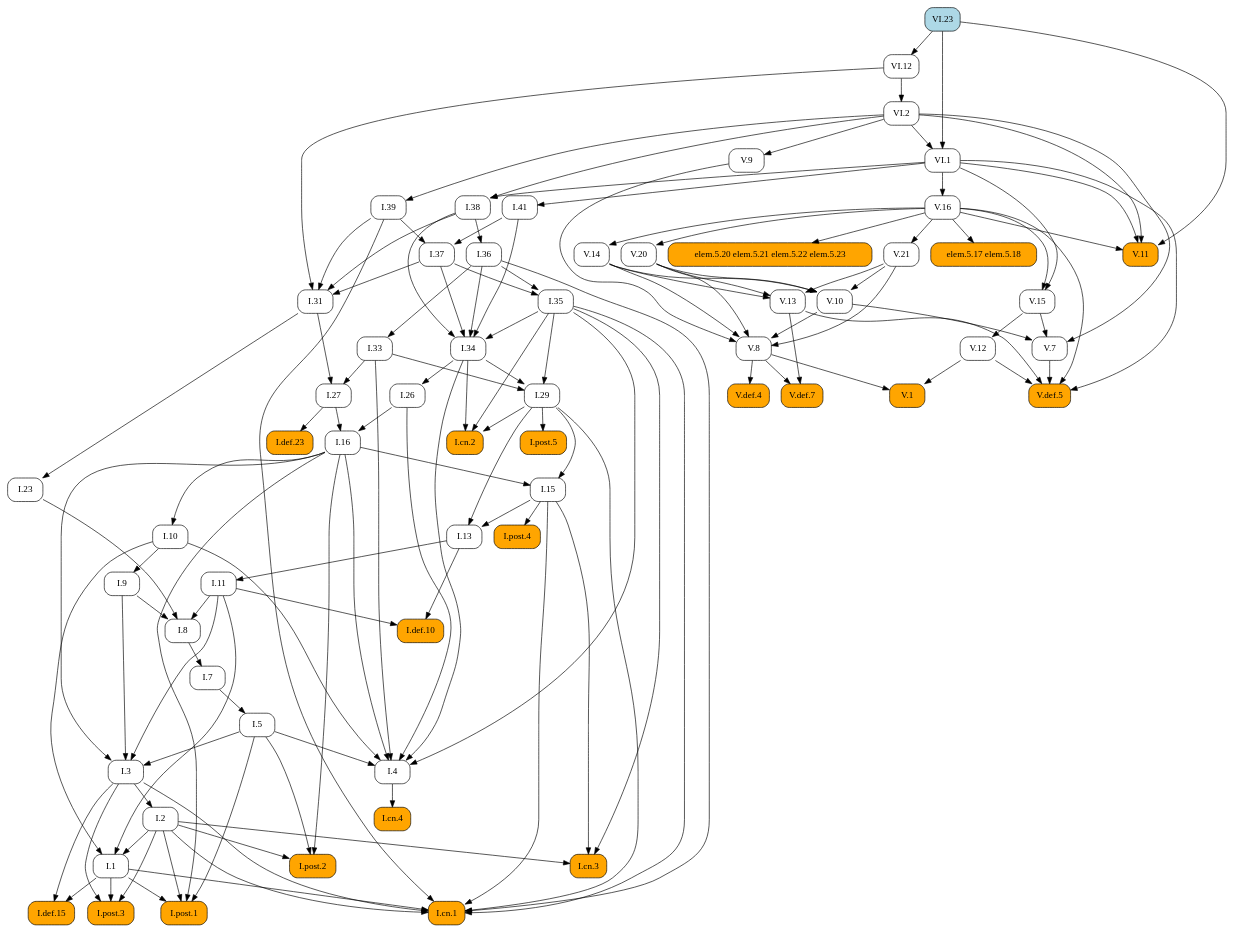
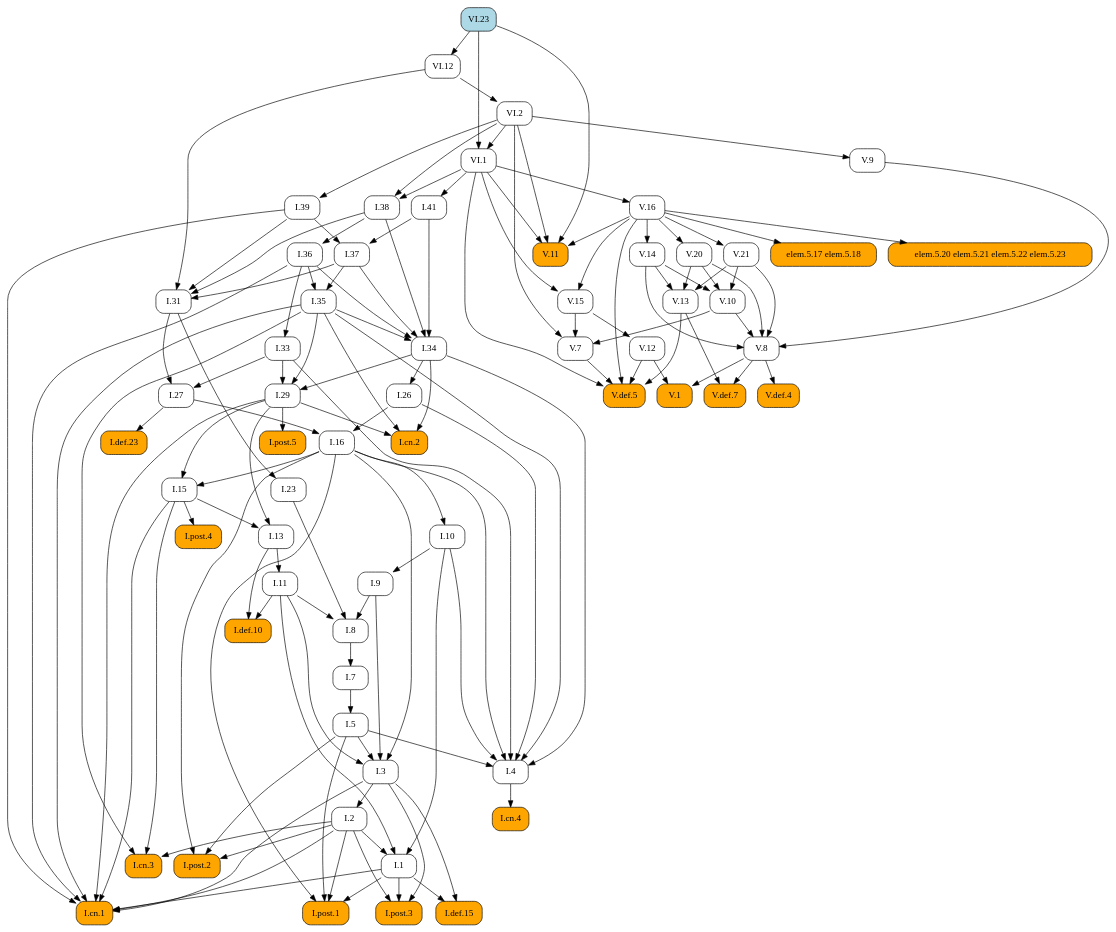
Before and after one commit to geometor/elements: the diagram in docsrc/elements2/VI/23/index.rst, drawn with Graphviz. The commit also changed other lines of this file and 171 other files, not shown here.

```diff
--- a/docsrc/elements2/VI/23/index.rst
+++ b/docsrc/elements2/VI/23/index.rst
@@ -70,173 +70,140 @@
    digraph {
      rankdir="TB";
      node [shape=box, style=rounded];
-     "I.37" [URL="/elements2/I/37/", target="_top"];
+     "V.20" [URL="/elements2/V/20/", target="_top"];
+     "I.8" [URL="/elements2/I/8/", target="_top"];
+     "I.36" [URL="/elements2/I/36/", target="_top"];
+     "VI.12" [URL="/elements2/VI/12/", target="_top"];
+     "V.def.5" [style="rounded,filled", fillcolor=orange, URL="/elements2/V/def.5/", target="_top"];
+     "V.def.7" [style="rounded,filled", fillcolor=orange, URL="/elements2/V/def.7/", target="_top"];
+     "V.def.4" [style="rounded,filled", fillcolor=orange, URL="/elements2/V/def.4/", target="_top"];
+     "I.post.1" [style="rounded,filled", fillcolor=orange, URL="/elements2/I/post.1/", target="_top"];
+     "I.33" [URL="/elements2/I/33/", target="_top"];
+     "I.5" [URL="/elements2/I/5/", target="_top"];
+     "I.38" [URL="/elements2/I/38/", target="_top"];
      "elem.5.17 elem.5.18" [style="rounded,filled", fillcolor=orange];
+     "VI.1" [URL="/elements2/VI/1/", target="_top"];
+     "V.11" [style="rounded,filled", fillcolor=orange, URL="/elements2/V/11/", target="_top"];
+     "V.13" [URL="/elements2/V/13/", target="_top"];
+     "I.post.5" [style="rounded,filled", fillcolor=orange, URL="/elements2/I/post.5/", target="_top"];
+     "I.def.10" [style="rounded,filled", fillcolor=orange, URL="/elements2/I/def.10/", target="_top"];
+     "I.cn.2" [style="rounded,filled", fillcolor=orange, URL="/elements2/I/cn.2/", target="_top"];
+     "VI.23" [style="rounded,filled", fillcolor=lightblue, URL="/elements2/VI/23/", target="_top"];
+     "V.9" [URL="/elements2/V/9/", target="_top"];
+     "V.16" [URL="/elements2/V/16/", target="_top"];
+     "I.def.15" [style="rounded,filled", fillcolor=orange, URL="/elements2/I/def.15/", target="_top"];
+     "V.15" [URL="/elements2/V/15/", target="_top"];
+     "I.31" [URL="/elements2/I/31/", target="_top"];
+     "I.11" [URL="/elements2/I/11/", target="_top"];
+     "I.3" [URL="/elements2/I/3/", target="_top"];
+     "I.def.23" [style="rounded,filled", fillcolor=orange, URL="/elements2/I/def.23/", target="_top"];
+     "I.post.2" [style="rounded,filled", fillcolor=orange, URL="/elements2/I/post.2/", target="_top"];
+     "I.26" [URL="/elements2/I/26/", target="_top"];
+     "V.14" [URL="/elements2/V/14/", target="_top"];
+     "V.10" [URL="/elements2/V/10/", target="_top"];
+     "I.cn.3" [style="rounded,filled", fillcolor=orange, URL="/elements2/I/cn.3/", target="_top"];
+     "I.cn.4" [style="rounded,filled", fillcolor=orange, URL="/elements2/I/cn.4/", target="_top"];
+     "I.1" [URL="/elements2/I/1/", target="_top"];
+     "I.7" [URL="/elements2/I/7/", target="_top"];
+     "I.9" [URL="/elements2/I/9/", target="_top"];
      "V.7" [URL="/elements2/V/7/", target="_top"];
-     "I.def.10" [style="rounded,filled", fillcolor=orange, URL="/elements2/I/def.10/", target="_top"];
-     "VI.12" [URL="/elements2/VI/12/", target="_top"];
-     "I.34" [URL="/elements2/I/34/", target="_top"];
-     "V.def.5" [style="rounded,filled", fillcolor=orange, URL="/elements2/V/def.5/", target="_top"];
-     "I.cn.4" [style="rounded,filled", fillcolor=orange, URL="/elements2/I/cn.4/", target="_top"];
-     "I.def.15" [style="rounded,filled", fillcolor=orange, URL="/elements2/I/def.15/", target="_top"];
-     "I.post.3" [style="rounded,filled", fillcolor=orange, URL="/elements2/I/post.3/", target="_top"];
-     "V.def.7" [style="rounded,filled", fillcolor=orange, URL="/elements2/V/def.7/", target="_top"];
-     "I.41" [URL="/elements2/I/41/", target="_top"];
-     "I.36" [URL="/elements2/I/36/", target="_top"];
-     "I.27" [URL="/elements2/I/27/", target="_top"];
-     "V.10" [URL="/elements2/V/10/", target="_top"];
-     "I.post.2" [style="rounded,filled", fillcolor=orange, URL="/elements2/I/post.2/", target="_top"];
-     "I.13" [URL="/elements2/I/13/", target="_top"];
-     "I.10" [URL="/elements2/I/10/", target="_top"];
-     "I.post.1" [style="rounded,filled", fillcolor=orange, URL="/elements2/I/post.1/", target="_top"];
-     "I.7" [URL="/elements2/I/7/", target="_top"];
-     "V.15" [URL="/elements2/V/15/", target="_top"];
-     "V.14" [URL="/elements2/V/14/", target="_top"];
-     "I.11" [URL="/elements2/I/11/", target="_top"];
-     "I.4" [URL="/elements2/I/4/", target="_top"];
-     "V.13" [URL="/elements2/V/13/", target="_top"];
-     "V.16" [URL="/elements2/V/16/", target="_top"];
+     "I.cn.1" [style="rounded,filled", fillcolor=orange, URL="/elements2/I/cn.1/", target="_top"];
+     "elem.5.20 elem.5.21 elem.5.22 elem.5.23" [style="rounded,filled", fillcolor=orange];
+     "V.12" [URL="/elements2/V/12/", target="_top"];
+     "V.21" [URL="/elements2/V/21/", target="_top"];
+     "I.29" [URL="/elements2/I/29/", target="_top"];
      "V.1" [style="rounded,filled", fillcolor=orange, URL="/elements2/V/1/", target="_top"];
      "I.16" [URL="/elements2/I/16/", target="_top"];
-     "V.21" [URL="/elements2/V/21/", target="_top"];
+     "I.41" [URL="/elements2/I/41/", target="_top"];
+     "I.35" [URL="/elements2/I/35/", target="_top"];
+     "I.13" [URL="/elements2/I/13/", target="_top"];
+     "I.post.4" [style="rounded,filled", fillcolor=orange, URL="/elements2/I/post.4/", target="_top"];
+     "I.37" [URL="/elements2/I/37/", target="_top"];
+     "I.27" [URL="/elements2/I/27/", target="_top"];
+     "I.2" [URL="/elements2/I/2/", target="_top"];
+     "I.4" [URL="/elements2/I/4/", target="_top"];
      "V.8" [URL="/elements2/V/8/", target="_top"];
-     "I.def.23" [style="rounded,filled", fillcolor=orange, URL="/elements2/I/def.23/", target="_top"];
-     "elem.5.20 elem.5.21 elem.5.22 elem.5.23" [style="rounded,filled", fillcolor=orange];
-     "I.9" [URL="/elements2/I/9/", target="_top"];
-     "I.38" [URL="/elements2/I/38/", target="_top"];
-     "I.cn.2" [style="rounded,filled", fillcolor=orange, URL="/elements2/I/cn.2/", target="_top"];
+     "VI.2" [URL="/elements2/VI/2/", target="_top"];
+     "I.39" [URL="/elements2/I/39/", target="_top"];
+     "I.10" [URL="/elements2/I/10/", target="_top"];
+     "I.15" [URL="/elements2/I/15/", target="_top"];
+     "I.34" [URL="/elements2/I/34/", target="_top"];
      "I.23" [URL="/elements2/I/23/", target="_top"];
-     "I.26" [URL="/elements2/I/26/", target="_top"];
-     "I.8" [URL="/elements2/I/8/", target="_top"];
-     "VI.2" [URL="/elements2/VI/2/", target="_top"];
-     "I.15" [URL="/elements2/I/15/", target="_top"];
-     "I.post.5" [style="rounded,filled", fillcolor=orange, URL="/elements2/I/post.5/", target="_top"];
-     "I.2" [URL="/elements2/I/2/", target="_top"];
-     "VI.1" [URL="/elements2/VI/1/", target="_top"];
-     "I.1" [URL="/elements2/I/1/", target="_top"];
-     "I.35" [URL="/elements2/I/35/", target="_top"];
-     "V.def.4" [style="rounded,filled", fillcolor=orange, URL="/elements2/V/def.4/", target="_top"];
-     "V.11" [style="rounded,filled", fillcolor=orange, URL="/elements2/V/11/", target="_top"];
-     "I.33" [URL="/elements2/I/33/", target="_top"];
-     "I.31" [URL="/elements2/I/31/", target="_top"];
-     "VI.23" [style="rounded,filled", fillcolor=lightblue, URL="/elements2/VI/23/", target="_top"];
-     "I.post.4" [style="rounded,filled", fillcolor=orange, URL="/elements2/I/post.4/", target="_top"];
-     "I.39" [URL="/elements2/I/39/", target="_top"];
-     "I.cn.1" [style="rounded,filled", fillcolor=orange, URL="/elements2/I/cn.1/", target="_top"];
-     "I.3" [URL="/elements2/I/3/", target="_top"];
-     "I.cn.3" [style="rounded,filled", fillcolor=orange, URL="/elements2/I/cn.3/", target="_top"];
-     "V.9" [URL="/elements2/V/9/", target="_top"];
-     "I.29" [URL="/elements2/I/29/", target="_top"];
-     "I.5" [URL="/elements2/I/5/", target="_top"];
-     "V.12" [URL="/elements2/V/12/", target="_top"];
-     "V.20" [URL="/elements2/V/20/", target="_top"];
-     "I.39" -> "I.37";
-     "I.41" -> "I.37";
-     "V.16" -> "elem.5.17 elem.5.18";
-     "V.10" -> "V.7";
-     "V.15" -> "V.7";
-     "VI.2" -> "V.7";
-     "I.11" -> "I.def.10";
-     "I.13" -> "I.def.10";
+     "I.post.3" [style="rounded,filled", fillcolor=orange, URL="/elements2/I/post.3/", target="_top"];
+     "V.16" -> "V.20";
+     "I.9" -> "I.8";
+     "I.11" -> "I.8";
+     "I.23" -> "I.8";
+     "I.38" -> "I.36";
      "VI.23" -> "VI.12";
-     "I.35" -> "I.34";
-     "I.36" -> "I.34";
-     "I.37" -> "I.34";
-     "I.38" -> "I.34";
-     "I.41" -> "I.34";
      "V.7" -> "V.def.5";
      "V.12" -> "V.def.5";
      "V.13" -> "V.def.5";
      "V.16" -> "V.def.5";
      "VI.1" -> "V.def.5";
-     "I.4" -> "I.cn.4";
-     "I.1" -> "I.def.15";
-     "I.3" -> "I.def.15";
-     "I.1" -> "I.post.3";
-     "I.2" -> "I.post.3";
-     "I.3" -> "I.post.3";
      "V.8" -> "V.def.7";
      "V.13" -> "V.def.7";
-     "VI.1" -> "I.41";
-     "I.38" -> "I.36";
-     "I.31" -> "I.27";
-     "I.33" -> "I.27";
-     "V.14" -> "V.10";
-     "V.20" -> "V.10";
-     "V.21" -> "V.10";
-     "I.2" -> "I.post.2";
-     "I.5" -> "I.post.2";
-     "I.16" -> "I.post.2";
-     "I.15" -> "I.13";
-     "I.29" -> "I.13";
-     "I.16" -> "I.10";
+     "V.8" -> "V.def.4";
      "I.1" -> "I.post.1";
      "I.2" -> "I.post.1";
      "I.5" -> "I.post.1";
      "I.16" -> "I.post.1";
-     "I.8" -> "I.7";
-     "V.16" -> "V.15";
-     "VI.1" -> "V.15";
-     "V.16" -> "V.14";
-     "I.13" -> "I.11";
-     "I.5" -> "I.4";
-     "I.10" -> "I.4";
-     "I.16" -> "I.4";
-     "I.26" -> "I.4";
-     "I.33" -> "I.4";
-     "I.34" -> "I.4";
-     "I.35" -> "I.4";
-     "V.14" -> "V.13";
-     "V.20" -> "V.13";
-     "V.21" -> "V.13";
-     "VI.1" -> "V.16";
-     "V.8" -> "V.1";
-     "V.12" -> "V.1";
-     "I.26" -> "I.16";
-     "I.27" -> "I.16";
-     "V.16" -> "V.21";
-     "V.9" -> "V.8";
-     "V.10" -> "V.8";
-     "V.14" -> "V.8";
-     "V.20" -> "V.8";
-     "V.21" -> "V.8";
-     "I.27" -> "I.def.23";
-     "V.16" -> "elem.5.20 elem.5.21 elem.5.22 elem.5.23";
-     "I.10" -> "I.9";
+     "I.36" -> "I.33";
+     "I.7" -> "I.5";
      "VI.1" -> "I.38";
      "VI.2" -> "I.38";
-     "I.29" -> "I.cn.2";
-     "I.34" -> "I.cn.2";
-     "I.35" -> "I.cn.2";
-     "I.31" -> "I.23";
-     "I.34" -> "I.26";
-     "I.9" -> "I.8";
-     "I.11" -> "I.8";
-     "I.23" -> "I.8";
-     "VI.12" -> "VI.2";
-     "I.16" -> "I.15";
-     "I.29" -> "I.15";
-     "I.29" -> "I.post.5";
-     "I.3" -> "I.2";
+     "V.16" -> "elem.5.17 elem.5.18";
      "VI.2" -> "VI.1";
      "VI.23" -> "VI.1";
-     "I.2" -> "I.1";
-     "I.10" -> "I.1";
-     "I.11" -> "I.1";
-     "I.36" -> "I.35";
-     "I.37" -> "I.35";
-     "V.8" -> "V.def.4";
      "V.16" -> "V.11";
      "VI.1" -> "V.11";
      "VI.2" -> "V.11";
      "VI.23" -> "V.11";
-     "I.36" -> "I.33";
+     "V.14" -> "V.13";
+     "V.20" -> "V.13";
+     "V.21" -> "V.13";
+     "I.29" -> "I.post.5";
+     "I.11" -> "I.def.10";
+     "I.13" -> "I.def.10";
+     "I.29" -> "I.cn.2";
+     "I.34" -> "I.cn.2";
+     "I.35" -> "I.cn.2";
+     "VI.2" -> "V.9";
+     "VI.1" -> "V.16";
+     "I.1" -> "I.def.15";
+     "I.3" -> "I.def.15";
+     "V.16" -> "V.15";
+     "VI.1" -> "V.15";
      "I.37" -> "I.31";
      "I.38" -> "I.31";
      "I.39" -> "I.31";
      "VI.12" -> "I.31";
-     "I.15" -> "I.post.4";
-     "VI.2" -> "I.39";
+     "I.13" -> "I.11";
+     "I.5" -> "I.3";
+     "I.9" -> "I.3";
+     "I.11" -> "I.3";
+     "I.16" -> "I.3";
+     "I.27" -> "I.def.23";
+     "I.2" -> "I.post.2";
+     "I.5" -> "I.post.2";
+     "I.16" -> "I.post.2";
+     "I.34" -> "I.26";
+     "V.16" -> "V.14";
+     "V.14" -> "V.10";
+     "V.20" -> "V.10";
+     "V.21" -> "V.10";
+     "I.2" -> "I.cn.3";
+     "I.15" -> "I.cn.3";
+     "I.35" -> "I.cn.3";
+     "I.4" -> "I.cn.4";
+     "I.2" -> "I.1";
+     "I.10" -> "I.1";
+     "I.11" -> "I.1";
+     "I.8" -> "I.7";
+     "I.10" -> "I.9";
+     "V.10" -> "V.7";
+     "V.15" -> "V.7";
+     "VI.2" -> "V.7";
      "I.1" -> "I.cn.1";
      "I.2" -> "I.cn.1";
      "I.3" -> "I.cn.1";
@@ -245,18 +212,51 @@
      "I.35" -> "I.cn.1";
      "I.36" -> "I.cn.1";
      "I.39" -> "I.cn.1";
-     "I.5" -> "I.3";
-     "I.9" -> "I.3";
-     "I.11" -> "I.3";
-     "I.16" -> "I.3";
-     "I.2" -> "I.cn.3";
-     "I.15" -> "I.cn.3";
-     "I.35" -> "I.cn.3";
-     "VI.2" -> "V.9";
+     "V.16" -> "elem.5.20 elem.5.21 elem.5.22 elem.5.23";
+     "V.15" -> "V.12";
+     "V.16" -> "V.21";
      "I.33" -> "I.29";
      "I.34" -> "I.29";
      "I.35" -> "I.29";
-     "I.7" -> "I.5";
-     "V.15" -> "V.12";
-     "V.16" -> "V.20";
+     "V.8" -> "V.1";
+     "V.12" -> "V.1";
+     "I.26" -> "I.16";
+     "I.27" -> "I.16";
+     "VI.1" -> "I.41";
+     "I.36" -> "I.35";
+     "I.37" -> "I.35";
+     "I.15" -> "I.13";
+     "I.29" -> "I.13";
+     "I.15" -> "I.post.4";
+     "I.39" -> "I.37";
+     "I.41" -> "I.37";
+     "I.31" -> "I.27";
+     "I.33" -> "I.27";
+     "I.3" -> "I.2";
+     "I.5" -> "I.4";
+     "I.10" -> "I.4";
+     "I.16" -> "I.4";
+     "I.26" -> "I.4";
+     "I.33" -> "I.4";
+     "I.34" -> "I.4";
+     "I.35" -> "I.4";
+     "V.9" -> "V.8";
+     "V.10" -> "V.8";
+     "V.14" -> "V.8";
+     "V.20" -> "V.8";
+     "V.21" -> "V.8";
+     "VI.12" -> "VI.2";
+     "VI.2" -> "I.39";
+     "I.16" -> "I.10";
+     "I.16" -> "I.15";
+     "I.29" -> "I.15";
+     "I.35" -> "I.34";
+     "I.36" -> "I.34";
+     "I.37" -> "I.34";
+     "I.38" -> "I.34";
+     "I.41" -> "I.34";
+     "I.31" -> "I.23";
+     "I.1" -> "I.post.3";
+     "I.2" -> "I.post.3";
+     "I.3" -> "I.post.3";
    }
```
